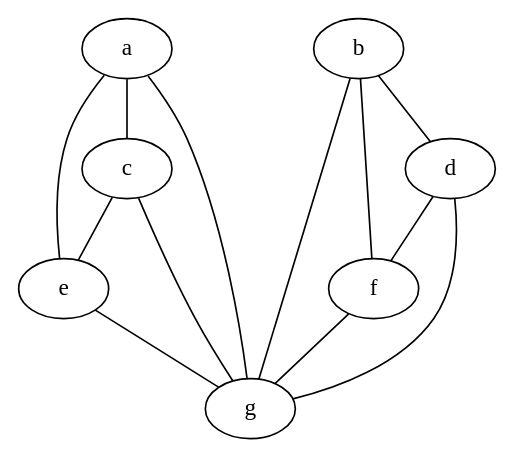
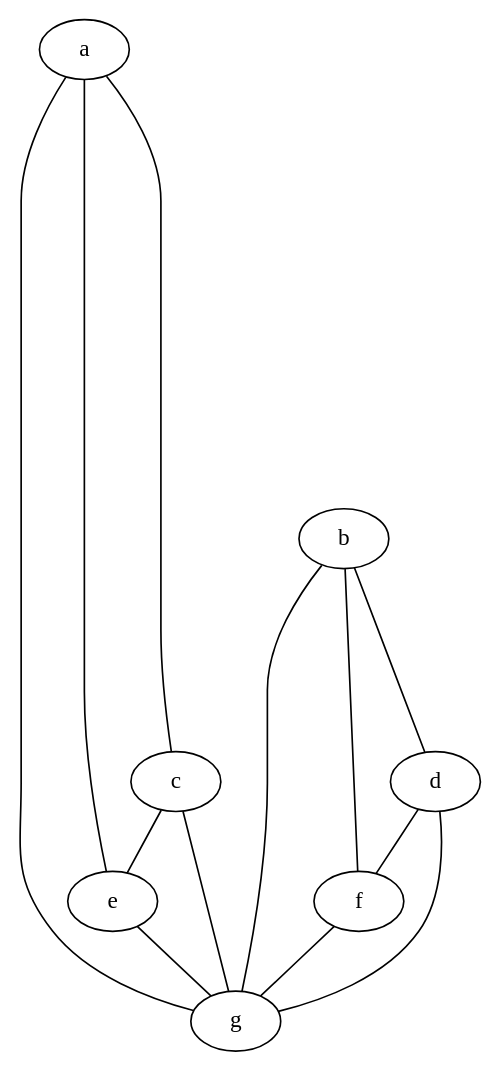
The second of 2 diagrams in unitn/fondamenti_matematici_per_informatica/08 - Esercitazioni.md (SamueleFacenda/obsidian), drawn with Graphviz before and after one commit. The commit also changed other lines of this file, not shown here.

Commit message:
vault backup auto nixos: 2024-05-30 08:49:48

````diff
--- a/unitn/fondamenti_matematici_per_informatica/08 - Esercitazioni.md
+++ b/unitn/fondamenti_matematici_per_informatica/08 - Esercitazioni.md
@@ -25,10 +25,11 @@
 ```dot
 graph {
-	a -- {e,c,g}
-	b -- {f,d,g}
+	a -- {e,g}
+	a -- c [minlen=10]
+	b -- {f,d,g} [minlen=3]
 	c -- {e,g}
 	d -- {f,g}
 	e -- g
 	f -- g
 }
 ```
````
